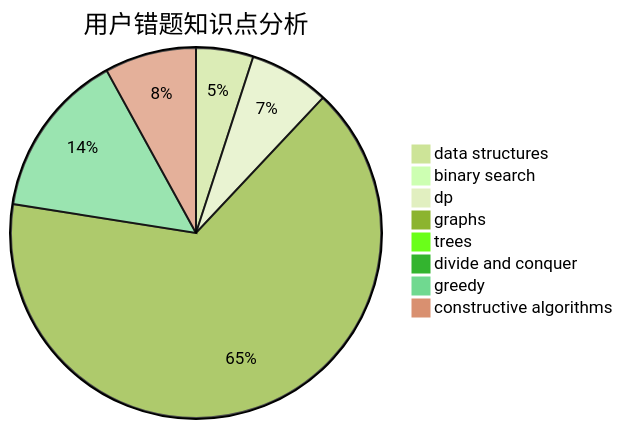
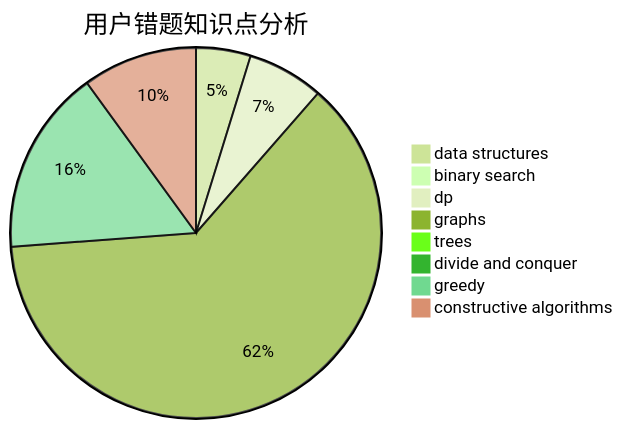
Before and after one commit to sherpahu/cfrs.github.io: the third of 3 diagrams in docs/user/u1394.md, drawn with Mermaid (forest theme). The commit also changed other lines of this file and 2770 other files, not shown here.

````diff
--- a/docs/user/u1394.md
+++ b/docs/user/u1394.md
@@ -36,11 +36,11 @@
 ```mermaid
 pie title 用户错题知识点分析
     "data structures" :  10
     "binary search" :  2
     "dp" :  14
     "graphs" :  131
     "trees" :  1
     "divide and conquer" :  0
-    "greedy" :  29
-    "constructive algorithms" :  16
+    "greedy" :  34
+    "constructive algorithms" :  21
 ```
````
